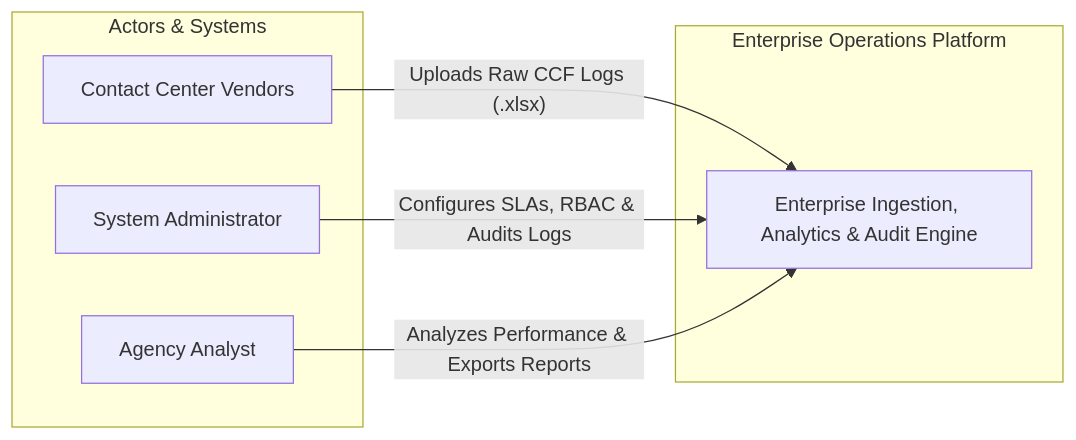
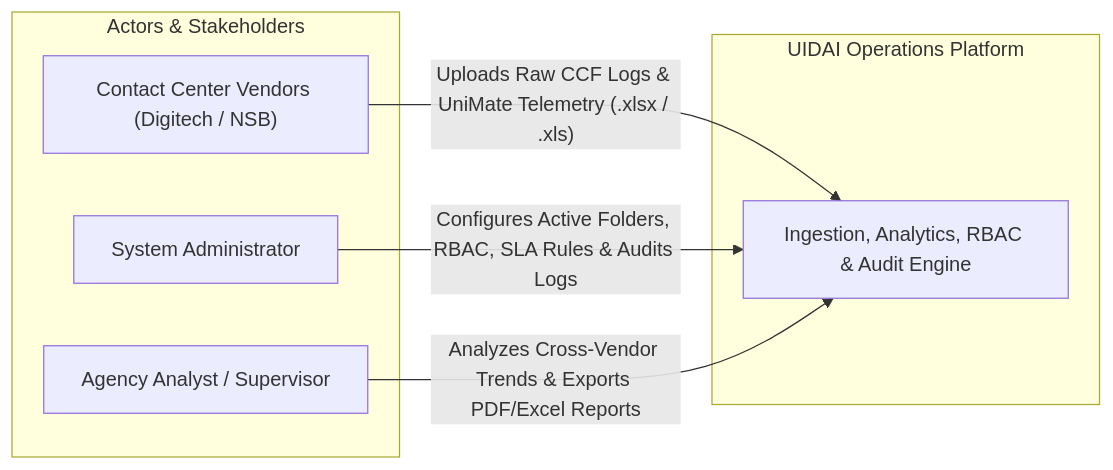
Before and after one commit to IDKHowToCodeFR/uidai-dashboard: the second of 7 diagrams in ARCHITECTURE.md, drawn with Mermaid. The commit also changed other lines of this file and 7 other files, not shown here.

````diff
--- a/ARCHITECTURE.md
+++ b/ARCHITECTURE.md
@@ -51,16 +64,16 @@
 ```mermaid
 graph LR
-    subgraph Users ["Actors & Systems"]
+    subgraph Users ["Actors & Stakeholders"]
         AdminUser["System Administrator"]
-        AnalystUser["Agency Analyst"]
-        Vendors["Contact Center Vendors"]
+        AnalystUser["Agency Analyst / Supervisor"]
+        Vendors["Contact Center Vendors (Digitech / NSB)"]
     end
 
-    subgraph CorePlatform ["Enterprise Operations Platform"]
-        EnterpriseApp["Enterprise Ingestion, Analytics & Audit Engine"]
+    subgraph CorePlatform ["UIDAI Operations Platform"]
+        PlatformGateway["Ingestion, Analytics, RBAC & Audit Engine"]
     end
 
-    Vendors -->|"Uploads Raw CCF Logs (.xlsx)"| EnterpriseApp
-    AdminUser -->|"Configures SLAs, RBAC & Audits Logs"| EnterpriseApp
-    AnalystUser -->|"Analyzes Performance & Exports Reports"| EnterpriseApp
+    Vendors -->|"Uploads Raw CCF Logs & UniMate Telemetry (.xlsx / .xls)"| PlatformGateway
+    AdminUser -->|"Configures Active Folders, RBAC, SLA Rules & Audits Logs"| PlatformGateway
+    AnalystUser -->|"Analyzes Cross-Vendor Trends & Exports PDF/Excel Reports"| PlatformGateway
 ```
````
